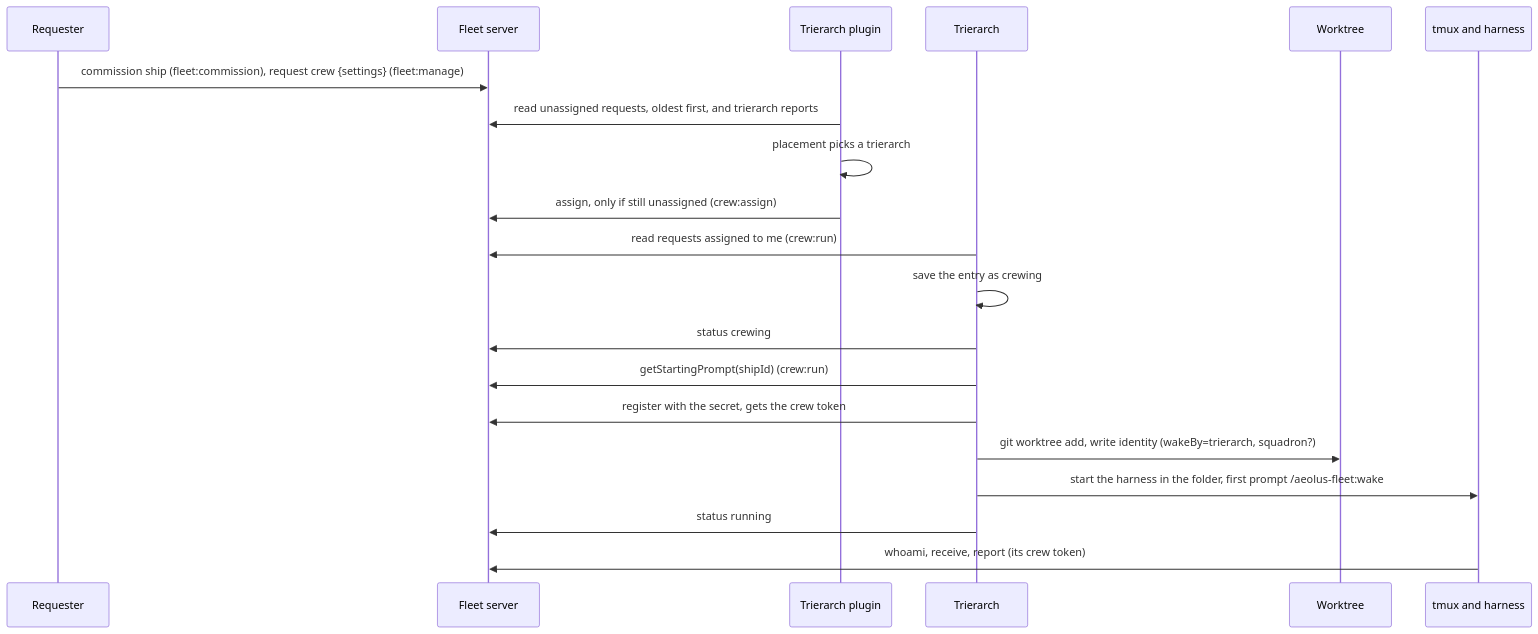
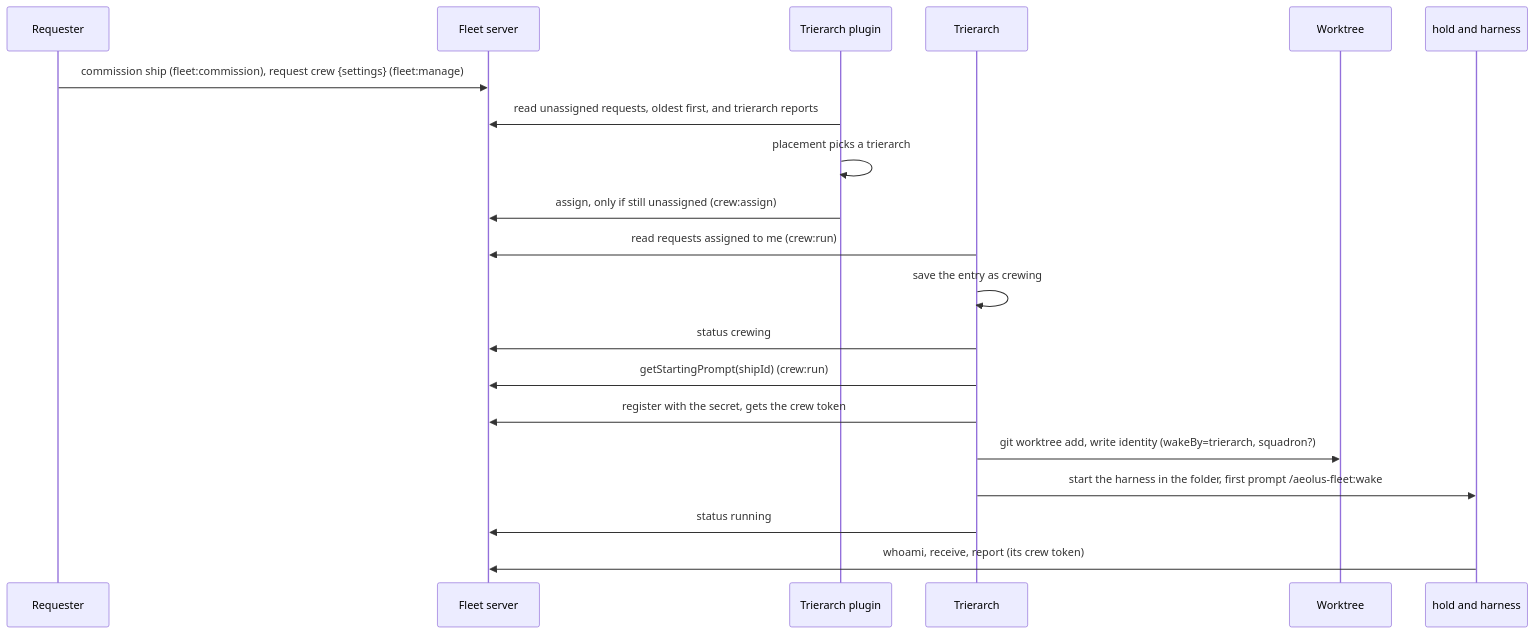
One commit to ThomasHendrickx/aeolus-fleet-trierarch changed the second of 5 diagrams in docs/architecture.md. Above: the diagram before and after it, drawn with Mermaid. The commit also changed other lines of this file and 63 other files, not shown here.

````diff
--- a/docs/architecture.md
+++ b/docs/architecture.md
@@ -71,22 +72,22 @@
 ```mermaid
 sequenceDiagram
   participant R as Requester
   participant F as Fleet server
   participant P as Trierarch plugin
   participant T as Trierarch
   participant W as Worktree
-  participant X as tmux and harness
+  participant X as hold and harness
   R->>F: commission ship (fleet:commission), request crew {settings} (fleet:manage)
   P->>F: read unassigned requests, oldest first, and trierarch reports
   P->>P: placement picks a trierarch
   P->>F: assign, only if still unassigned (crew:assign)
   T->>F: read requests assigned to me (crew:run)
   T->>T: save the entry as crewing
   T->>F: status crewing
   T->>F: getStartingPrompt(shipId) (crew:run)
   T->>F: register with the secret, gets the crew token
   T->>W: git worktree add, write identity (wakeBy=trierarch, squadron?)
   T->>X: start the harness in the folder, first prompt /aeolus-fleet:wake
   T->>F: status running
   X->>F: whoami, receive, report (its crew token)
 ```
````
